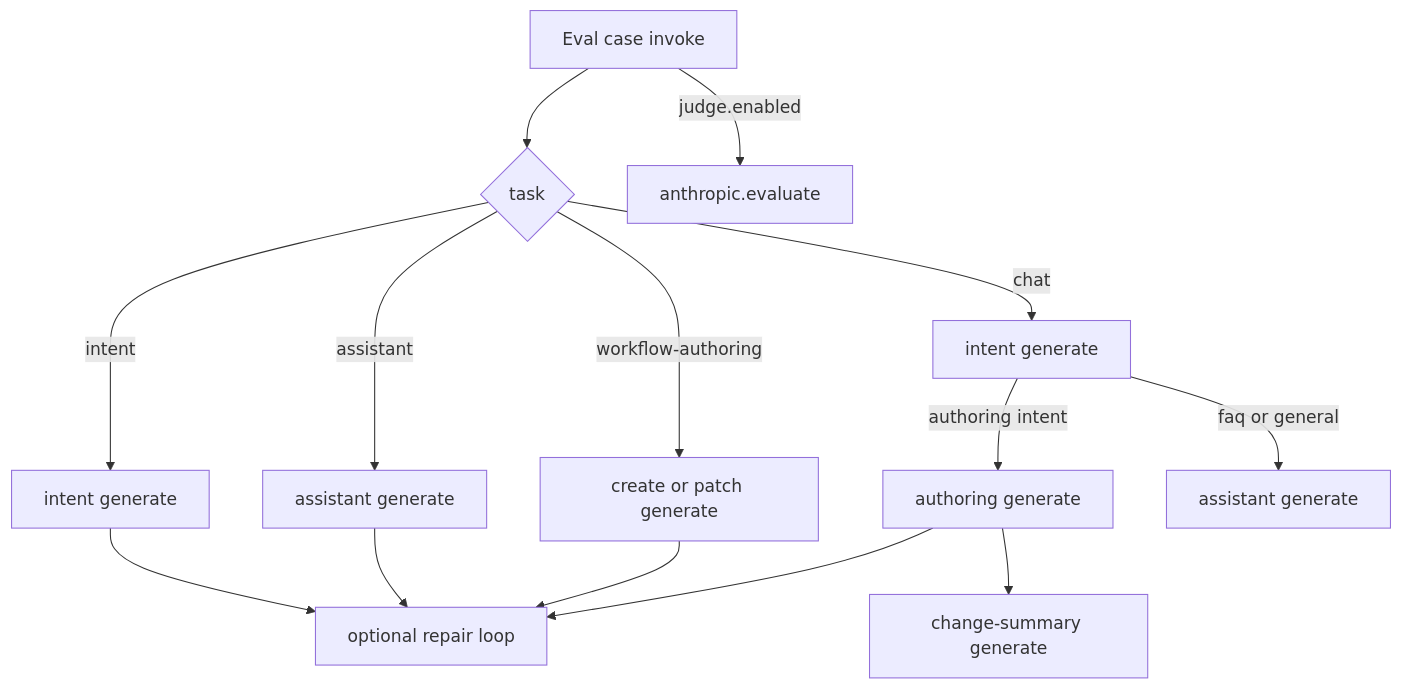
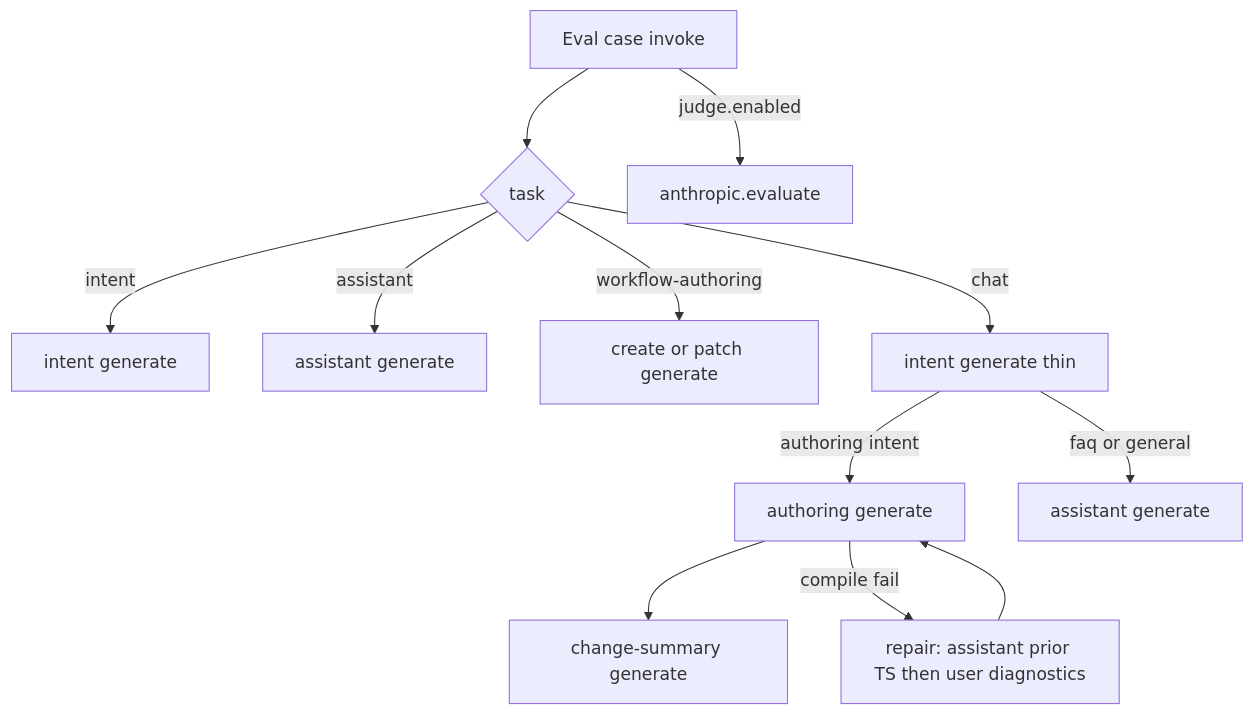
Before and after one commit to executioncontrolprotocol/executioncontrolprotocol: the diagram in packages/harnesses/browser-coding/docs/sonnet-coding-interaction-loop.md, drawn with Mermaid. The commit also changed other lines of this file and 44 other files, not shown here.

````diff
--- a/packages/harnesses/browser-coding/docs/sonnet-coding-interaction-loop.md
+++ b/packages/harnesses/browser-coding/docs/sonnet-coding-interaction-loop.md
@@ -37,16 +37,14 @@
 ```mermaid
 flowchart TD
   Case[Eval case invoke] --> Task{task}
   Task -->|intent| I[intent generate]
   Task -->|assistant| A[assistant generate]
   Task -->|workflow-authoring| W[create or patch generate]
-  Task -->|chat| C1[intent generate]
+  Task -->|chat| C1[intent generate thin]
   C1 -->|authoring intent| C2[authoring generate]
   C1 -->|faq or general| C3[assistant generate]
   C2 --> C4[change-summary generate]
-  I --> Rep[optional repair loop]
-  A --> Rep
-  W --> Rep
-  C2 --> Rep
+  C2 -->|compile fail| R[repair: assistant prior TS then user diagnostics]
+  R --> C2
   Case -->|judge.enabled| J[anthropic.evaluate]
 ```
````
